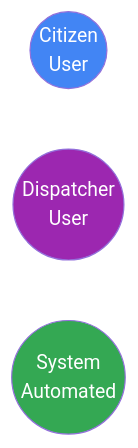
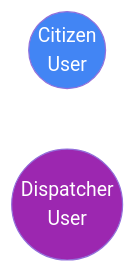
One commit to sqd2/Lighthouse-Emergency-Response changed the fourth of 30 diagrams in DIAGRAMS.md. Above: the diagram before and after it, drawn with Mermaid. The commit also changed other lines of this file, not shown here.

First line of the commit message:
Fix use case diagrams to follow proper UML conventions

````diff
--- a/DIAGRAMS.md
+++ b/DIAGRAMS.md
@@ -348,10 +348,8 @@
 ```mermaid
 graph LR
     Citizen((Citizen<br/>User))
     Dispatcher((Dispatcher<br/>User))
-    System((System<br/>Automated))
 
     style Citizen fill:#4285F4,color:#fff
     style Dispatcher fill:#9C27B0,color:#fff
-    style System fill:#34A853,color:#fff
 ```
````
